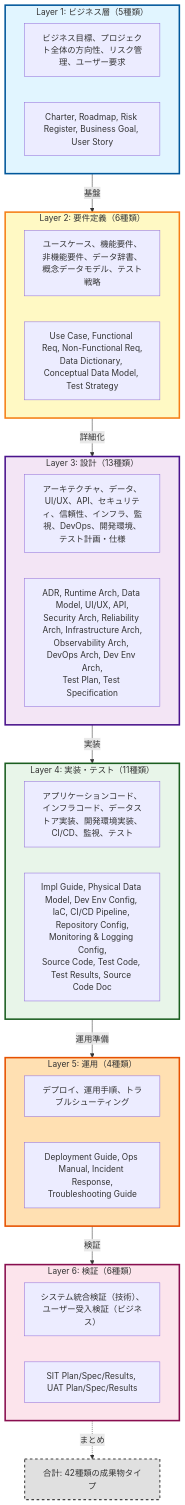
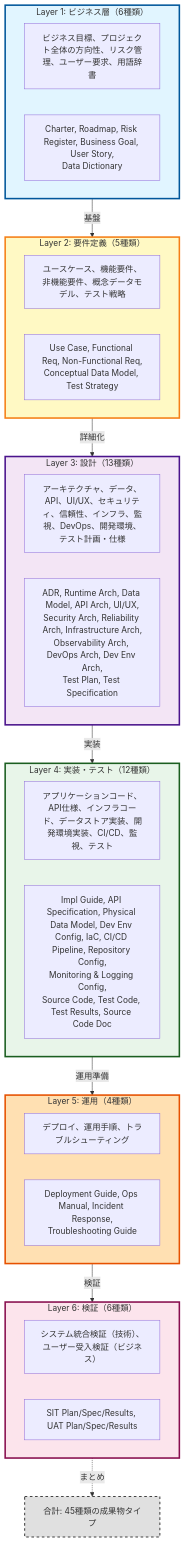
The diagram in specs/artifact-overview.md (mahitotsu/ukiyoue), drawn with Mermaid before and after one commit. The commit also changed other lines of this file and 22 other files, not shown here.

First line of the commit message:
feat: Move Data Dictionary from Layer 2 to Layer 1 (BIZ-DICT)

````diff
--- a/specs/artifact-overview.md
+++ b/specs/artifact-overview.md
@@ -33,58 +33,58 @@
 ```mermaid
 graph TD
-    subgraph Layer1["Layer 1: ビジネス層（5種類）"]
-        L1_desc["ビジネス目標、プロジェクト全体の方向性、リスク管理、ユーザー要求"]
-        L1_docs["Charter, Roadmap, Risk Register, Business Goal, User Story"]
+    subgraph Layer1["Layer 1: ビジネス層（6種類）"]
+        L1_desc["ビジネス目標、プロジェクト全体の方向性、リスク管理、ユーザー要求、用語辞書"]
+        L1_docs["Charter, Roadmap, Risk Register, Business Goal, User Story,<br/>Data Dictionary"]
     end
 
-    subgraph Layer2["Layer 2: 要件定義（6種類）"]
-        L2_desc["ユースケース、機能要件、非機能要件、データ辞書、概念データモデル、テスト戦略"]
-        L2_docs["Use Case, Functional Req, Non-Functional Req,<br/>Data Dictionary, Conceptual Data Model, Test Strategy"]
+    subgraph Layer2["Layer 2: 要件定義（5種類）"]
+        L2_desc["ユースケース、機能要件、非機能要件、概念データモデル、テスト戦略"]
+        L2_docs["Use Case, Functional Req, Non-Functional Req,<br/>Conceptual Data Model, Test Strategy"]
     end
 
     subgraph Layer3["Layer 3: 設計（13種類）"]
-        L3_desc["アーキテクチャ、データ、UI/UX、API、セキュリティ、信頼性、インフラ、監視、DevOps、開発環境、テスト計画・仕様"]
-        L3_docs["ADR, Runtime Arch, Data Model, UI/UX, API,<br/>Security Arch, Reliability Arch, Infrastructure Arch,<br/>Observability Arch, DevOps Arch, Dev Env Arch,<br/>Test Plan, Test Specification"]
+        L3_desc["アーキテクチャ、データ、API、UI/UX、セキュリティ、信頼性、インフラ、監視、DevOps、開発環境、テスト計画・仕様"]
+        L3_docs["ADR, Runtime Arch, Data Model, API Arch, UI/UX,<br/>Security Arch, Reliability Arch, Infrastructure Arch,<br/>Observability Arch, DevOps Arch, Dev Env Arch,<br/>Test Plan, Test Specification"]
     end
 
-    subgraph Layer4["Layer 4: 実装・テスト（11種類）"]
-        L4_desc["アプリケーションコード、インフラコード、データストア実装、開発環境実装、CI/CD、監視、テスト"]
-        L4_docs["Impl Guide, Physical Data Model, Dev Env Config, IaC, CI/CD Pipeline, Repository Config,<br/>Monitoring & Logging Config,<br/>Source Code, Test Code, Test Results, Source Code Doc"]
+    subgraph Layer4["Layer 4: 実装・テスト（12種類）"]
+        L4_desc["アプリケーションコード、API仕様、インフラコード、データストア実装、開発環境実装、CI/CD、監視、テスト"]
+        L4_docs["Impl Guide, API Specification, Physical Data Model, Dev Env Config, IaC, CI/CD Pipeline, Repository Config,<br/>Monitoring & Logging Config,<br/>Source Code, Test Code, Test Results, Source Code Doc"]
     end
 
     subgraph Layer5["Layer 5: 運用（4種類）"]
         L5_desc["デプロイ、運用手順、トラブルシューティング"]
         L5_docs["Deployment Guide, Ops Manual, Incident Response,<br/>Troubleshooting Guide"]
     end
 
     subgraph Layer6["Layer 6: 検証（6種類）"]
         L6_desc["システム統合検証（技術）、ユーザー受入検証（ビジネス）"]
         L6_docs["SIT Plan/Spec/Results, UAT Plan/Spec/Results"]
     end
 
     Layer1 -->|"基盤"| Layer2
     Layer2 -->|"詳細化"| Layer3
     Layer3 -->|"実装"| Layer4
     Layer4 -->|"運用準備"| Layer5
     Layer5 -->|"検証"| Layer6
 
-    Total["合計: 42種類の成果物タイプ"]
+    Total["合計: 45種類の成果物タイプ"]
 
     Layer6 -.->|"まとめ"| Total
 
     classDef layer1Style fill:#e1f5ff,stroke:#01579b,stroke-width:3px
     classDef layer2Style fill:#fff9c4,stroke:#f57f17,stroke-width:3px
     classDef layer3Style fill:#f3e5f5,stroke:#4a148c,stroke-width:3px
     classDef layer4Style fill:#e8f5e9,stroke:#1b5e20,stroke-width:3px
     classDef layer5Style fill:#ffe0b2,stroke:#e65100,stroke-width:3px
     classDef layer6Style fill:#fce4ec,stroke:#880e4f,stroke-width:3px
     classDef totalStyle fill:#e0e0e0,stroke:#424242,stroke-width:2px,stroke-dasharray: 5 5
 
     class Layer1 layer1Style
     class Layer2 layer2Style
     class Layer3 layer3Style
     class Layer4 layer4Style
     class Layer5 layer5Style
     class Layer6 layer6Style
     class Total totalStyle
 ```
````
